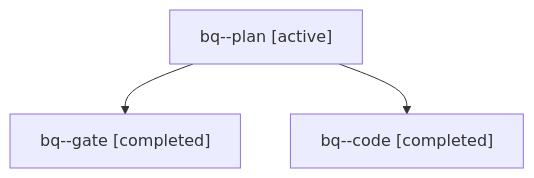
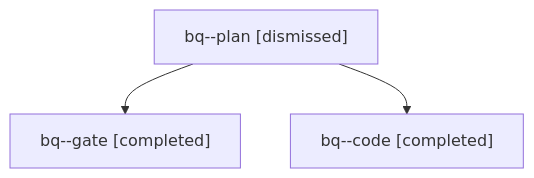
The diagram in sessions/bbugyi200.apollo.bq.md (bobs-org/bob-cli--agents), drawn with Mermaid before and after one commit. The commit also changed other lines of this file and 17 other files, not shown here.

````diff
--- a/sessions/bbugyi200.apollo.bq.md
+++ b/sessions/bbugyi200.apollo.bq.md
@@ -9,8 +9,8 @@
 ```mermaid
 flowchart TD
-  n0["bq--plan [active]"]
+  n0["bq--plan [dismissed]"]
   n1["bq--gate [completed]"]
   n0 --> n1
   n2["bq--code [completed]"]
   n0 --> n2
 ```
````
